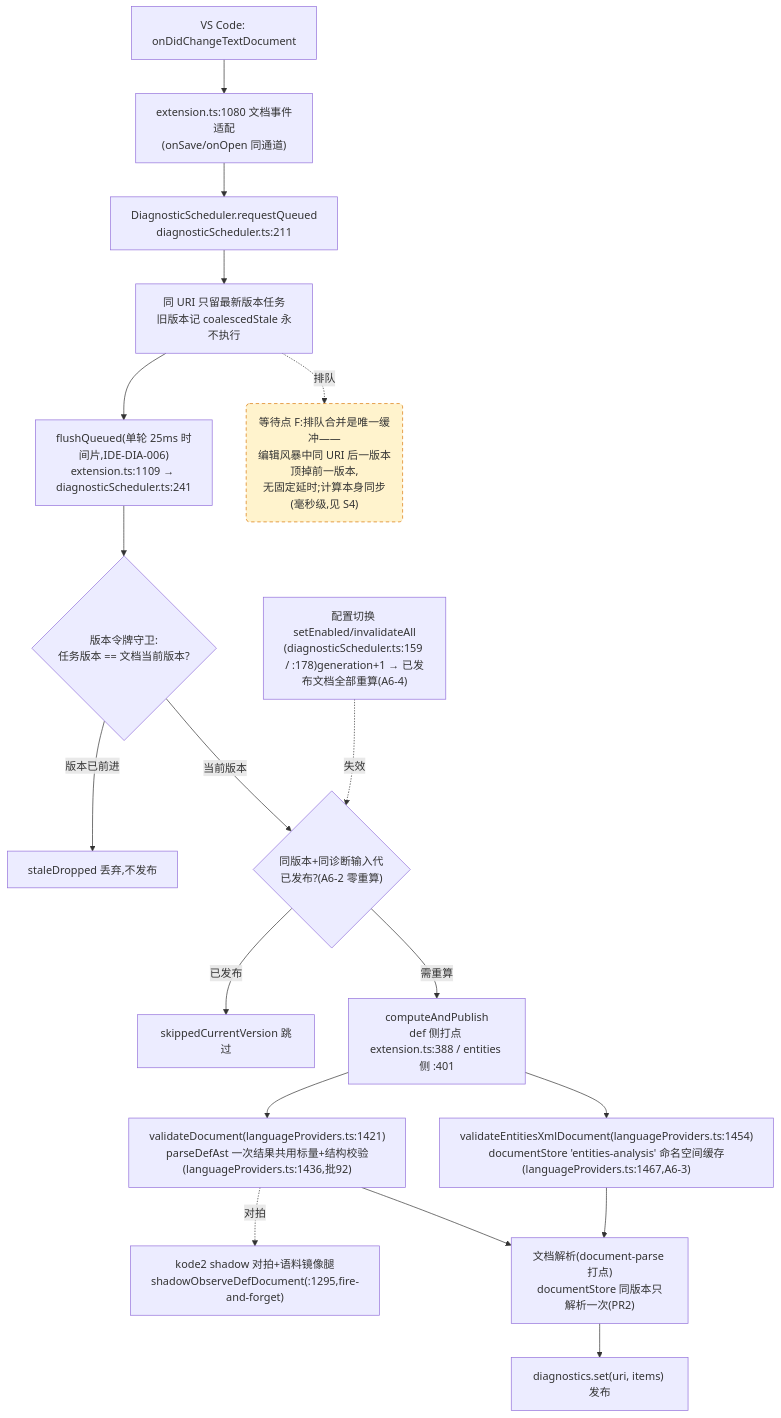
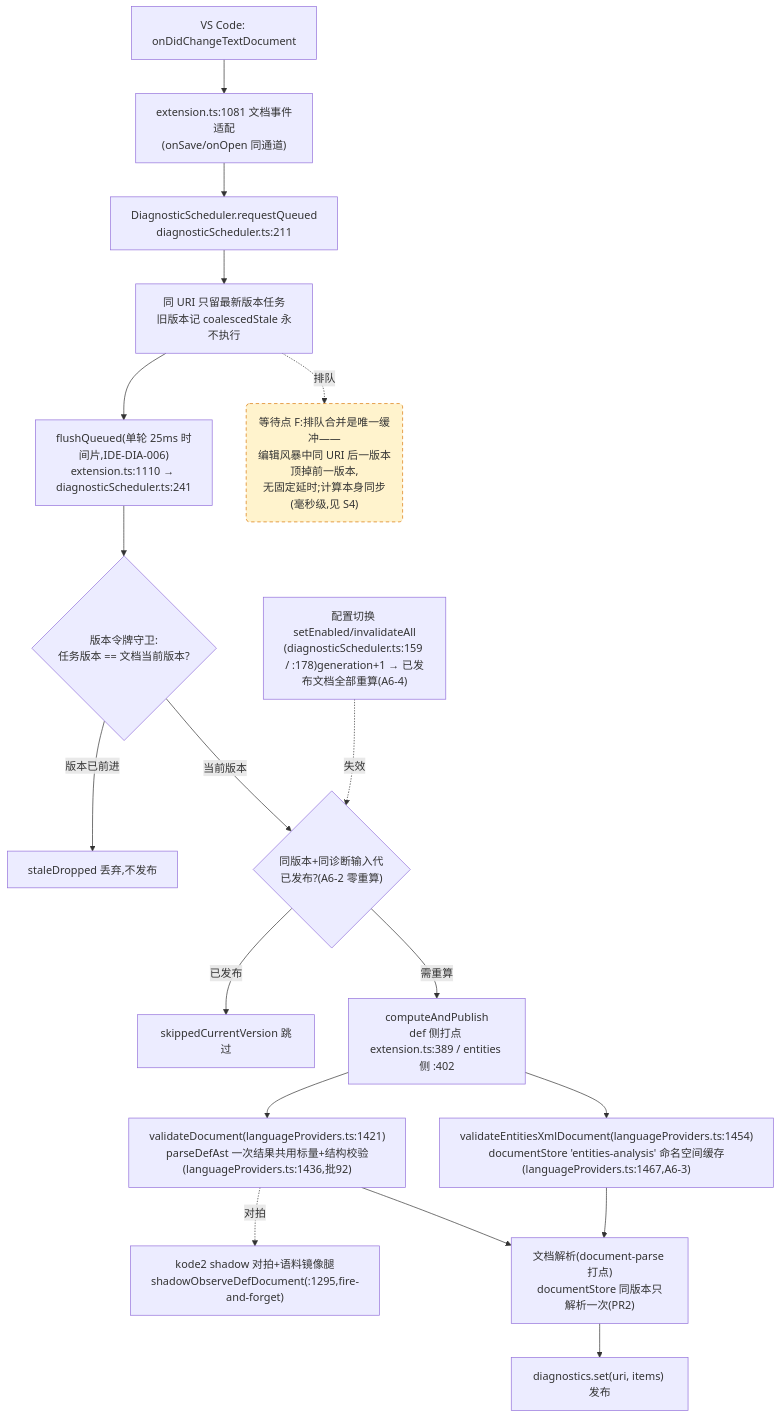
Before and after one commit to cuihairu/kode: the fourth of 4 diagrams in docs/perf/2026-baseline.md, drawn with Mermaid. The commit also changed other lines of this file and 12 other files, not shown here.

````diff
--- a/docs/perf/2026-baseline.md
+++ b/docs/perf/2026-baseline.md
@@ -214,38 +214,38 @@
 ```mermaid
 flowchart TD
   CHG["VS Code: onDidChangeTextDocument"]
-  WATCH["extension.ts:1080 文档事件适配<br/>(onSave/onOpen 同通道)"]
+  WATCH["extension.ts:1081 文档事件适配<br/>(onSave/onOpen 同通道)"]
   RQ["DiagnosticScheduler.requestQueued<br/>diagnosticScheduler.ts:211"]
   CO["同 URI 只留最新版本任务<br/>旧版本记 coalescedStale 永不执行"]
-  FL["flushQueued(单轮 25ms 时间片,IDE-DIA-006)<br/>extension.ts:1109 → diagnosticScheduler.ts:241"]
+  FL["flushQueued(单轮 25ms 时间片,IDE-DIA-006)<br/>extension.ts:1110 → diagnosticScheduler.ts:241"]
   VG{"版本令牌守卫:<br/>任务版本 == 文档当前版本?"}
   DROP["staleDropped 丢弃,不发布"]
   GEN{"同版本+同诊断输入代<br/>已发布?(A6-2 零重算)"}
   SKIP["skippedCurrentVersion 跳过"]
-  CALC["computeAndPublish<br/>def 侧打点 extension.ts:388 / entities 侧 :401"]
+  CALC["computeAndPublish<br/>def 侧打点 extension.ts:389 / entities 侧 :402"]
   VD["validateDocument(languageProviders.ts:1421)<br/>parseDefAst 一次结果共用标量+结构校验(languageProviders.ts:1436,批92)"]
   VEX["validateEntitiesXmlDocument(languageProviders.ts:1454)<br/>documentStore 'entities-analysis' 命名空间缓存(languageProviders.ts:1467,A6-3)"]
   SHDD["kode2 shadow 对拍+语料镜像腿<br/>shadowObserveDefDocument(:1295,fire-and-forget)"]
   DS["文档解析(document-parse 打点)<br/>documentStore 同版本只解析一次(PR2)"]
   PUB["diagnostics.set(uri, items) 发布"]
   CFG2["配置切换 setEnabled/invalidateAll<br/>(diagnosticScheduler.ts:159 / :178)generation+1 → 已发布文档全部重算(A6-4)"]
 
   CHG --> WATCH --> RQ --> CO --> FL --> VG
   VG -- "版本已前进" --> DROP
   VG -- "当前版本" --> GEN
   GEN -- "已发布" --> SKIP
   GEN -- "需重算" --> CALC
   CALC --> VD
   CALC --> VEX
   VD --> DS
   VEX --> DS
   DS --> PUB
   VD -.->|对拍| SHDD
   CFG2 -.->|失效| GEN
 
   WAITF("等待点 F:排队合并是唯一缓冲——<br/>编辑风暴中同 URI 后一版本顶掉前一版本,<br/>无固定延时;计算本身同步(毫秒级,见 S4)")
   CO -.->|排队| WAITF
 
   classDef waitPoint fill:#fff3cd,stroke:#d97706,stroke-dasharray:5 4;
   class WAITF waitPoint;
 ```
````
